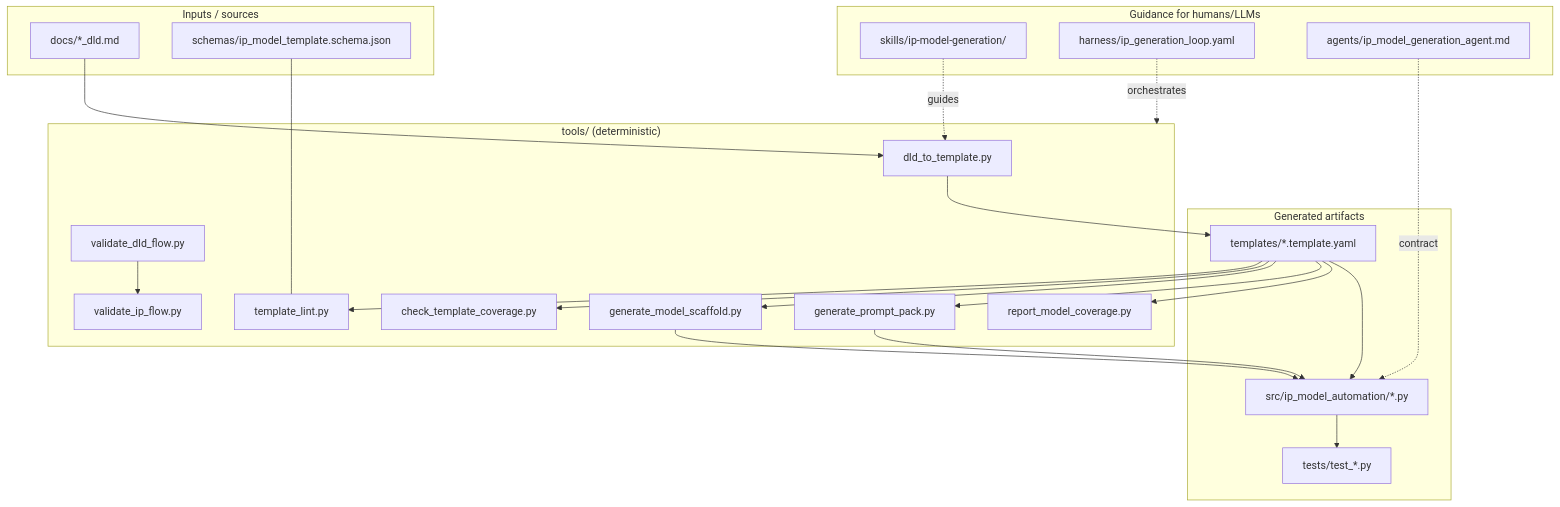
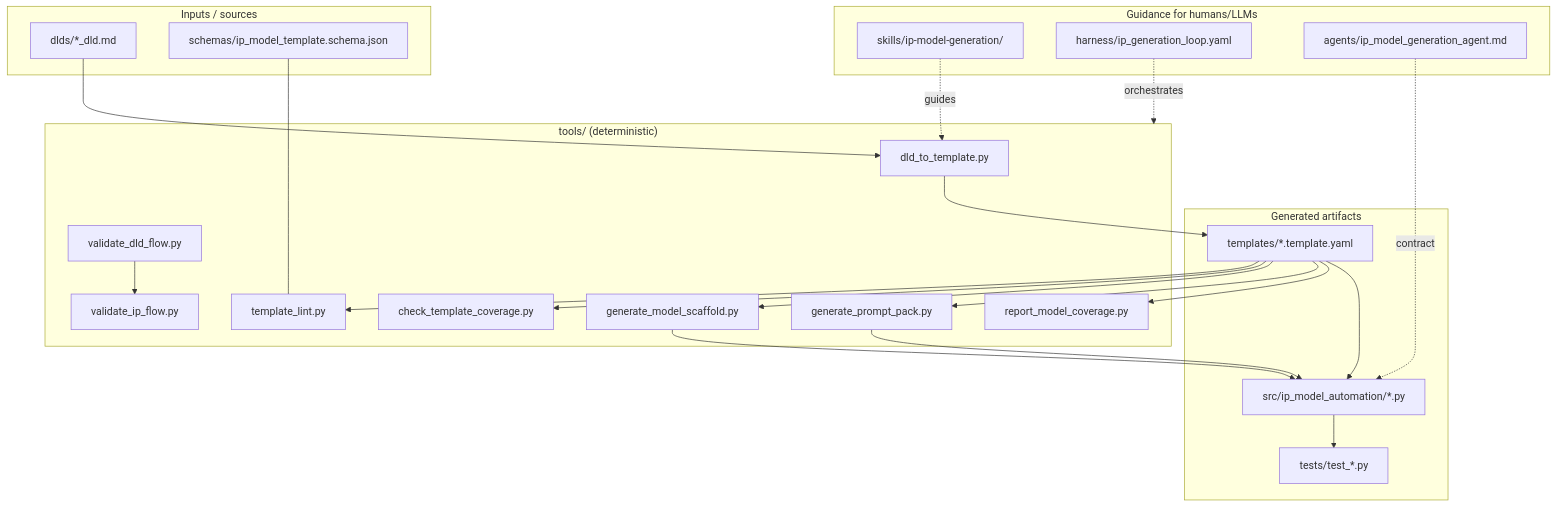
Before and after one commit to kushkumar16/ip_model_automation: the sixth of 8 diagrams in docs/pipeline_overview.md, drawn with Mermaid. The commit also changed other lines of this file and 21 other files, not shown here.

````diff
--- a/docs/pipeline_overview.md
+++ b/docs/pipeline_overview.md
@@ -217,38 +217,38 @@
 ```mermaid
 flowchart TB
     subgraph inputs["Inputs / sources"]
-        DLDS["docs/*_dld.md"]
+        DLDS["dlds/*_dld.md"]
         SCHEMA["schemas/ip_model_template.schema.json"]
     end
     subgraph tools["tools/ (deterministic)"]
         T1["dld_to_template.py"]
         T2["template_lint.py"]
         T3["check_template_coverage.py"]
         T4["generate_model_scaffold.py"]
         T5["generate_prompt_pack.py"]
         T6["report_model_coverage.py"]
         T7["validate_ip_flow.py"]
         T8["validate_dld_flow.py"]
     end
     subgraph guidance["Guidance for humans/LLMs"]
         SK["skills/ip-model-generation/"]
         HR["harness/ip_generation_loop.yaml"]
         AG["agents/ip_model_generation_agent.md"]
     end
     subgraph outputs["Generated artifacts"]
         TPL["templates/*.template.yaml"]
         MOD["src/ip_model_automation/*.py"]
         TST["tests/test_*.py"]
     end
 
     DLDS --> T1 --> TPL
     SCHEMA --- T2
     TPL --> T2 & T3 & T4 & T5 & T6
     T4 --> MOD
     T5 --> MOD
     TPL --> MOD --> TST
     T8 --> T7
     SK -.guides.-> T1
     HR -.orchestrates.-> tools
     AG -.contract.-> MOD
 ```
````
